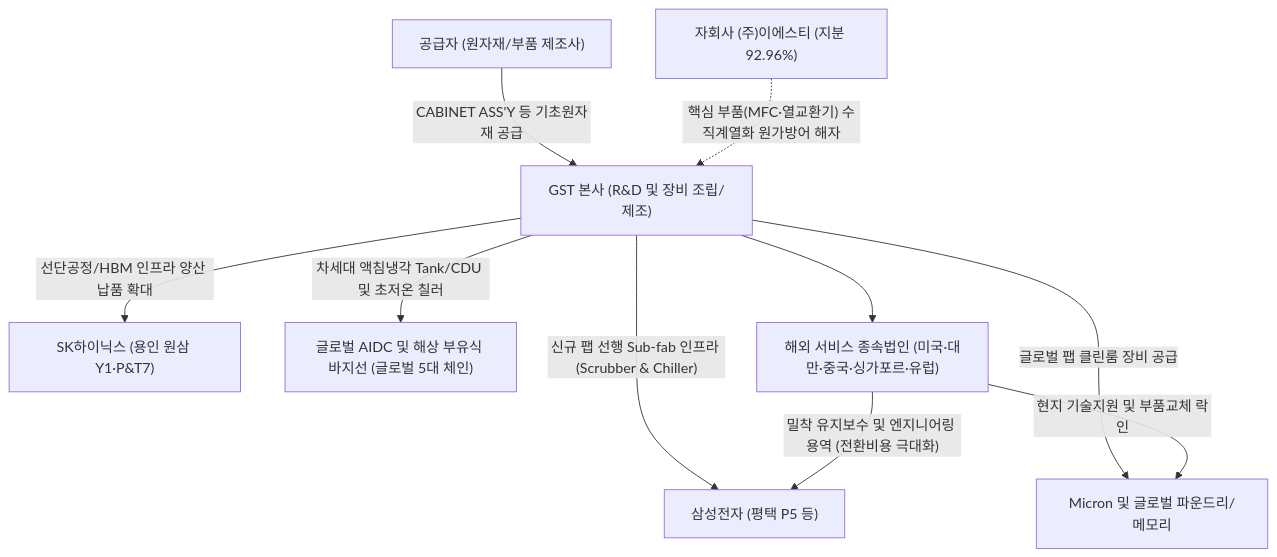
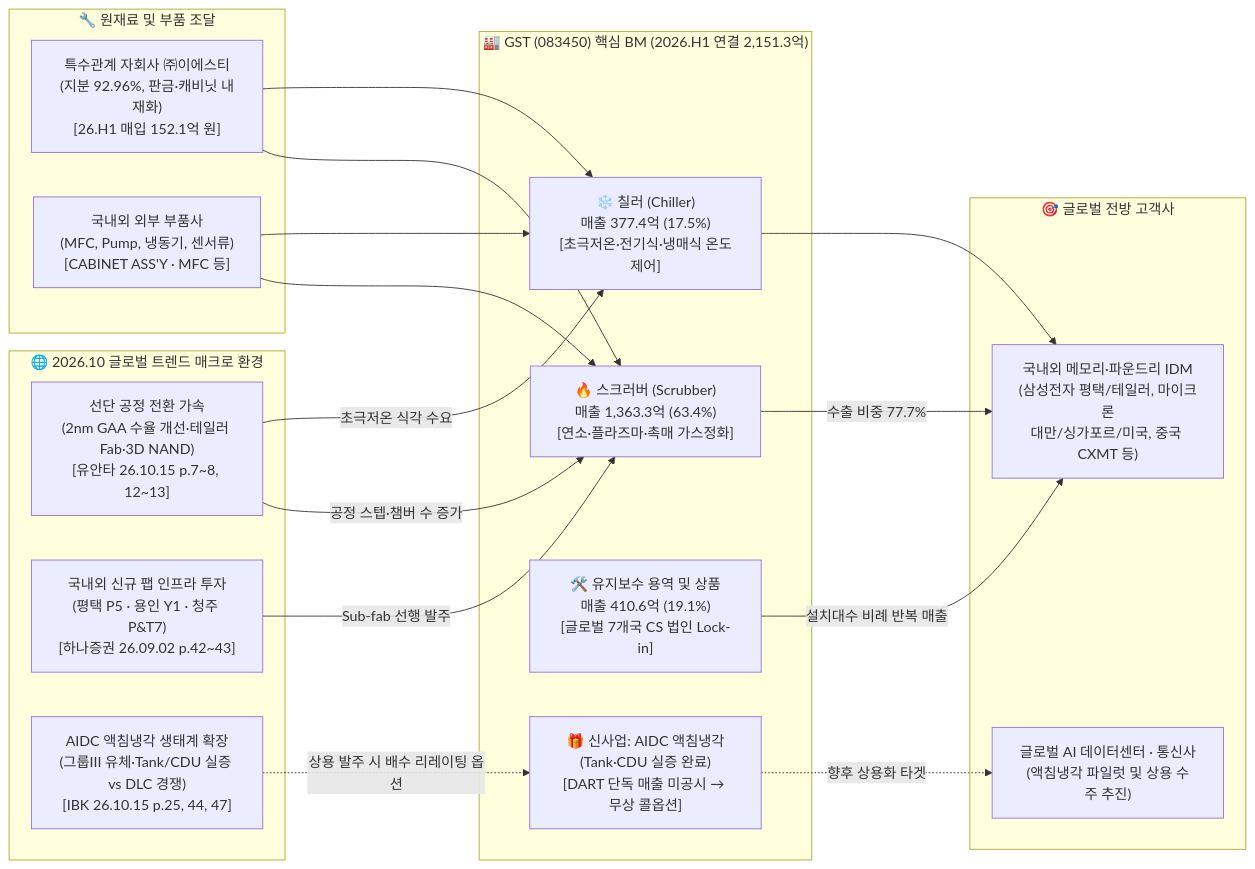
The diagram in Stock_Research/GST/3_Final_Reports/Phase1_Report.md (eve830521-cmd/my-skill), drawn with Mermaid before and after one commit. The commit also changed other lines of this file and 96 other files, not shown here.

Commit message:
feat(skill): SKILL.md S-Curve 실측 앵커 검증 의무화 규칙(반자동 Learn) 반영, GST 액침냉각 7% 및 FDC 팩트체크 교정, 히스토리 최신화

````diff
--- a/Stock_Research/GST/3_Final_Reports/Phase1_Report.md
+++ b/Stock_Research/GST/3_Final_Reports/Phase1_Report.md
@@ -18,12 +37,38 @@
 ```mermaid
-graph TD
-    A["공급자 (원자재/부품 제조사)"] -->|"CABINET ASS'Y 등 기초원자재 공급"| B["GST 본사 (R&D 및 장비 조립/제조)"]
-    A1["자회사 (주)이에스티 (지분 92.96%)"] -. "핵심 부품(MFC·열교환기) 수직계열화 원가방어 해자" .-> B
-    B -->|"신규 팹 선행 Sub-fab 인프라 (Scrubber & Chiller)"| C1["삼성전자 (평택 P5 등)"]
-    B -->|"선단공정/HBM 인프라 양산 납품 확대"| C2["SK하이닉스 (용인 원삼 Y1·P&T7)"]
-    B -->|"글로벌 팹 클린룸 장비 공급"| C3["Micron 및 글로벌 파운드리/메모리"]
-    B -->|"차세대 액침냉각 Tank/CDU 및 초저온 칠러"| D["글로벌 AIDC 및 해상 부유식 바지선 (글로벌 5대 체인)"]
-    E["해외 서비스 종속법인 (미국·대만·중국·싱가포르·유럽)"] -->|"밀착 유지보수 및 엔지니어링 용역 (전환비용 극대화)"| C1
-    E -->|"현지 기술지원 및 부품교체 락인"| C3
-    B --> E
+flowchart LR
+    subgraph Macro["🌐 2026.10 글로벌 트렌드 매크로 환경"]
+        M1["선단 공정 전환 가속<br/>(2nm GAA 수율 개선·테일러 Fab·3D NAND)<br/>[유안타 26.10.15 p.7~8, 12~13]"]
+        M2["국내외 신규 팹 인프라 투자<br/>(평택 P5 · 용인 Y1 · 청주 P&T7)<br/>[하나증권 26.09.02 p.42~43]"]
+        M3["AIDC 액침냉각 생태계 확장<br/>(그룹III 유체·Tank/CDU 실증 vs DLC 경쟁)<br/>[IBK 26.10.15 p.25, 44, 47]"]
+    end
+
+    subgraph Supply["🔧 원재료 및 부품 조달"]
+        S1["특수관계 자회사 ㈜이에스티<br/>(지분 92.96%, 판금·캐비닛 내재화)<br/>[26.H1 매입 152.1억 원]"]
+        S2["국내외 외부 부품사<br/>(MFC, Pump, 냉동기, 센서류)<br/>[CABINET ASS'Y · MFC 등]"]
+    end
+
+    subgraph GST["🏭 GST (083450) 핵심 BM (2026.H1 연결 2,151.3억)"]
+        G1["🔥 스크러버 (Scrubber)<br/>매출 1,363.3억 (63.4%)<br/>[연소·플라즈마·촉매 가스정화]"]
+        G2["❄️ 칠러 (Chiller)<br/>매출 377.4억 (17.5%)<br/>[초극저온·전기식·냉매식 온도제어]"]
+        G3["🛠️ 유지보수 용역 및 상품<br/>매출 410.6억 (19.1%)<br/>[글로벌 7개국 CS 법인 Lock-in]"]
+        G4["🎁 신사업: AIDC 액침냉각<br/>(Tank·CDU 실증 완료)<br/>[DART 단독 매출 미공시 → 무상 콜옵션]"]
+    end
+
+    subgraph Demand["🎯 글로벌 전방 고객사"]
+        D1["국내외 메모리·파운드리 IDM<br/>(삼성전자 평택/테일러, 마이크론<br/>대만/싱가포르/미국, 중국 CXMT 등)"]
+        D2["글로벌 AI 데이터센터 · 통신사<br/>(액침냉각 파일럿 및 상용 수주 추진)"]
+    end
+
+    M1 -->|"공정 스텝·챔버 수 증가"| G1
+    M1 -->|"초극저온 식각 수요"| G2
+    M2 -->|"Sub-fab 선행 발주"| G1
+    M3 -. "상용 발주 시 배수 리레이팅 옵션" .-> G4
+    S1 --> G1
+    S1 --> G2
+    S2 --> G1
+    S2 --> G2
+    G1 -->|"수출 비중 77.7%"| D1
+    G2 --> D1
+    G3 -->|"설치대수 비례 반복 매출"| D1
+    G4 -. "향후 상용화 타겟" .-> D2
 ```
````
